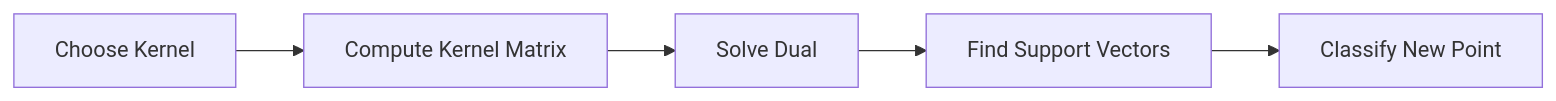
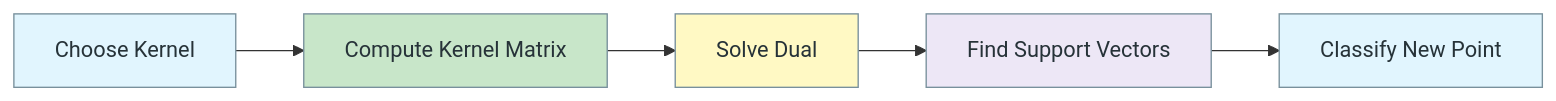
Before and after one commit to arshadhs/arshadhs.github.io: the third of 3 diagrams in content/docs/ai/maths/010-linear-algebra/07-dimensionality-reduction/16-nonlinear-svm.md, drawn with Mermaid. The commit also changed other lines of this file and 3 other files, not shown here.

```diff
--- a/content/docs/ai/maths/010-linear-algebra/07-dimensionality-reduction/16-nonlinear-svm.md
+++ b/content/docs/ai/maths/010-linear-algebra/07-dimensionality-reduction/16-nonlinear-svm.md
@@ -374,7 +385,12 @@
 {{< mermaid >}}
 flowchart LR
     A[Choose Kernel] --> B[Compute Kernel Matrix]
     B --> C[Solve Dual]
     C --> D[Find Support Vectors]
     D --> E[Classify New Point]
+    style A fill:#E1F5FE,stroke:#78909C,stroke-width:1px,color:#263238
+    style B fill:#C8E6C9,stroke:#78909C,stroke-width:1px,color:#263238
+    style C fill:#FFF9C4,stroke:#78909C,stroke-width:1px,color:#263238
+    style D fill:#EDE7F6,stroke:#78909C,stroke-width:1px,color:#263238
+    style E fill:#E1F5FE,stroke:#78909C,stroke-width:1px,color:#263238
 {{< /mermaid >}}
```
